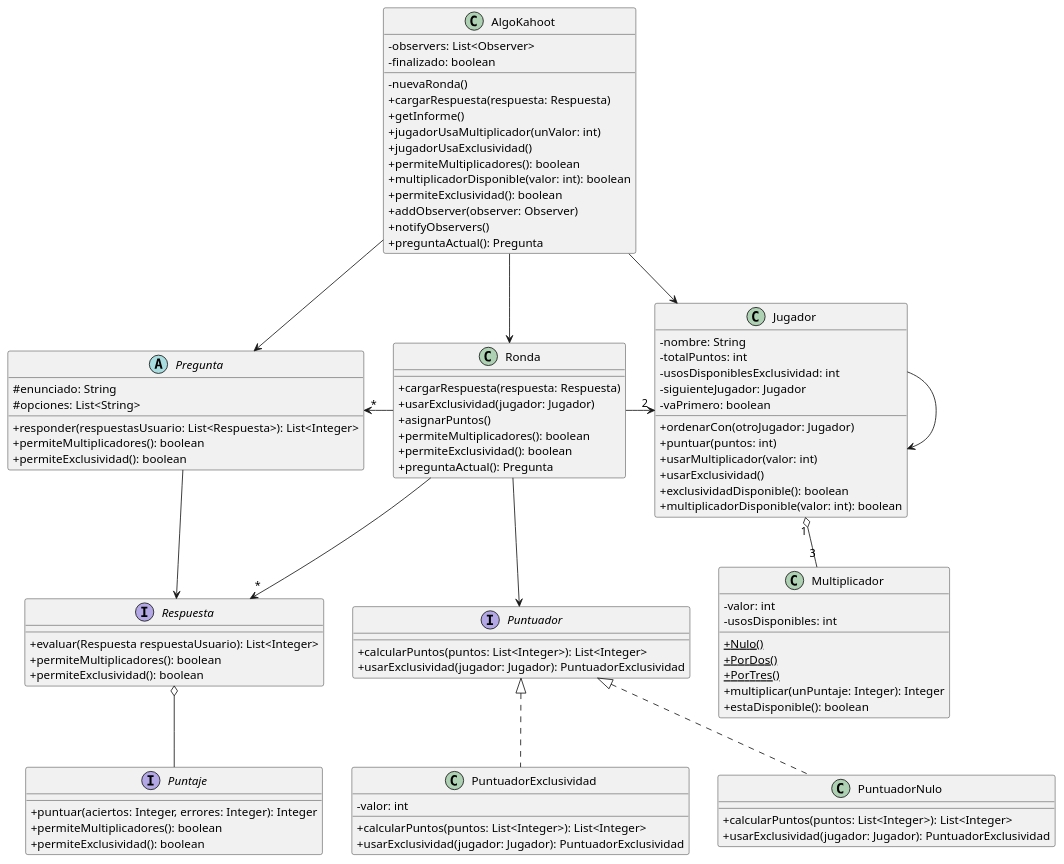
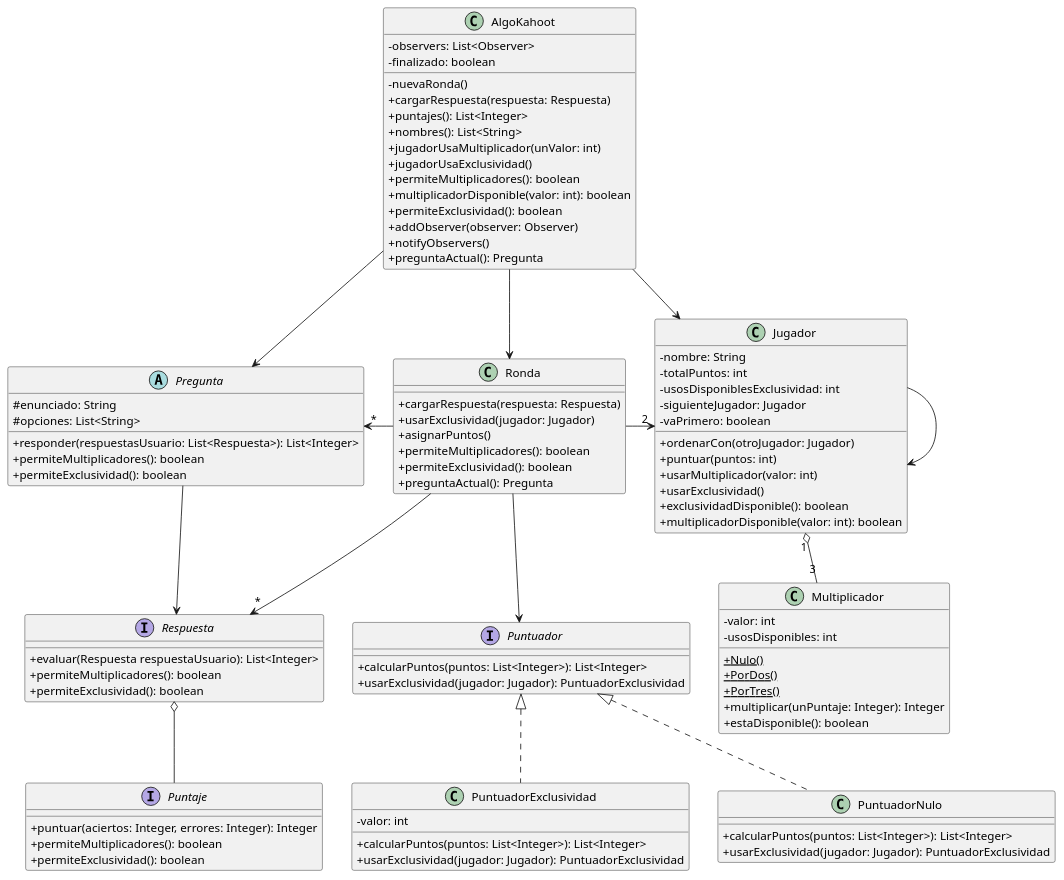
Before and after one commit to gcc-cdimatteo/Algoritmos-y-Programacion-III-75.07: the diagram in Documentacion/Diagramas de Clases/Diagrama de Clases General.puml, drawn with PlantUML. The commit also changed 3 other files, not shown here.

```diff
--- a/Documentacion/Diagramas de Clases/Diagrama de Clases General.puml
+++ b/Documentacion/Diagramas de Clases/Diagrama de Clases General.puml
@@ -1,119 +1,120 @@
 @startuml
 skinparam classAttributeIconSize 0
 
 class AlgoKahoot {
     - observers: List<Observer>
     - finalizado: boolean
     - nuevaRonda()
     + cargarRespuesta(respuesta: Respuesta)
-    + getInforme()
+    + puntajes(): List<Integer>
+    + nombres(): List<String>
     + jugadorUsaMultiplicador(unValor: int)
     + jugadorUsaExclusividad()
     + permiteMultiplicadores(): boolean
     + multiplicadorDisponible(valor: int): boolean
     + permiteExclusividad(): boolean
     + addObserver(observer: Observer)
     + notifyObservers()
     + preguntaActual(): Pregunta
 }
 
 abstract class Pregunta {
     # enunciado: String
     # opciones: List<String>
     + responder(respuestasUsuario: List<Respuesta>): List<Integer>
     + permiteMultiplicadores(): boolean
     + permiteExclusividad(): boolean
 }
 
 interface Puntaje {
     + puntuar(aciertos: Integer, errores: Integer): Integer
     + permiteMultiplicadores(): boolean
     + permiteExclusividad(): boolean
 }
 
 class Jugador {
     - nombre: String
     - totalPuntos: int
     - usosDisponiblesExclusividad: int
     - siguienteJugador: Jugador
     - vaPrimero: boolean
     + ordenarCon(otroJugador: Jugador)
     + puntuar(puntos: int)
     + usarMultiplicador(valor: int)
     + usarExclusividad()
     + exclusividadDisponible(): boolean
     + multiplicadorDisponible(valor: int): boolean
 }
 
 class Ronda {
     + cargarRespuesta(respuesta: Respuesta)
     + usarExclusividad(jugador: Jugador)
     + asignarPuntos()
     + permiteMultiplicadores(): boolean
     + permiteExclusividad(): boolean
     + preguntaActual(): Pregunta
 }
 
 class Multiplicador {
     - valor: int
     - usosDisponibles: int
     + {static} Nulo()
     + {static} PorDos()
     + {static} PorTres()
     + multiplicar(unPuntaje: Integer): Integer
     + estaDisponible(): boolean
 }
 
 interface Puntuador {
     + calcularPuntos(puntos: List<Integer>): List<Integer>
     + usarExclusividad(jugador: Jugador): PuntuadorExclusividad
 }
 
 class PuntuadorExclusividad {
     - valor: int
     + calcularPuntos(puntos: List<Integer>): List<Integer>
     + usarExclusividad(jugador: Jugador): PuntuadorExclusividad
 }
 
 class PuntuadorNulo {
     + calcularPuntos(puntos: List<Integer>): List<Integer>
     + usarExclusividad(jugador: Jugador): PuntuadorExclusividad
 }
 
 interface Respuesta {
     + evaluar(Respuesta respuestaUsuario): List<Integer>
     + permiteMultiplicadores(): boolean
     + permiteExclusividad(): boolean
 }
 
 
 'Ordenamiento De Cuadrados
 
 'Herencia --|> cumple la relación 'es un'
 
 'Asociacion --> un objeto guarda a otro
 Pregunta --> Respuesta
 Ronda -left-> "*" Pregunta
 Ronda -down-> Puntuador
 Ronda --> "*" Respuesta
 Ronda -right-> "2" Jugador
 AlgoKahoot --> Pregunta
 AlgoKahoot -down-> Ronda
 AlgoKahoot -down-> Jugador
 Jugador --> Jugador
 
 'Agregacion --o un objeto esta compuesto por otro pero no lo necesita para vivir
 Jugador "1" o-- "3" Multiplicador
 Respuesta o-- Puntaje
 
 'Composicion --* un objeto es dueño de otro
 
 'Dependencia ..> un objeto utiliza a otro porque lo recibe/devuelve
 'Respuesta <.right. AlgoKahoot
 
 'Interfaces ..|> colección de declaraciones de métodos sin implemetnar
 PuntuadorExclusividad .up.|> Puntuador
 PuntuadorNulo .up.|> Puntuador
 
 
 @enduml
```
